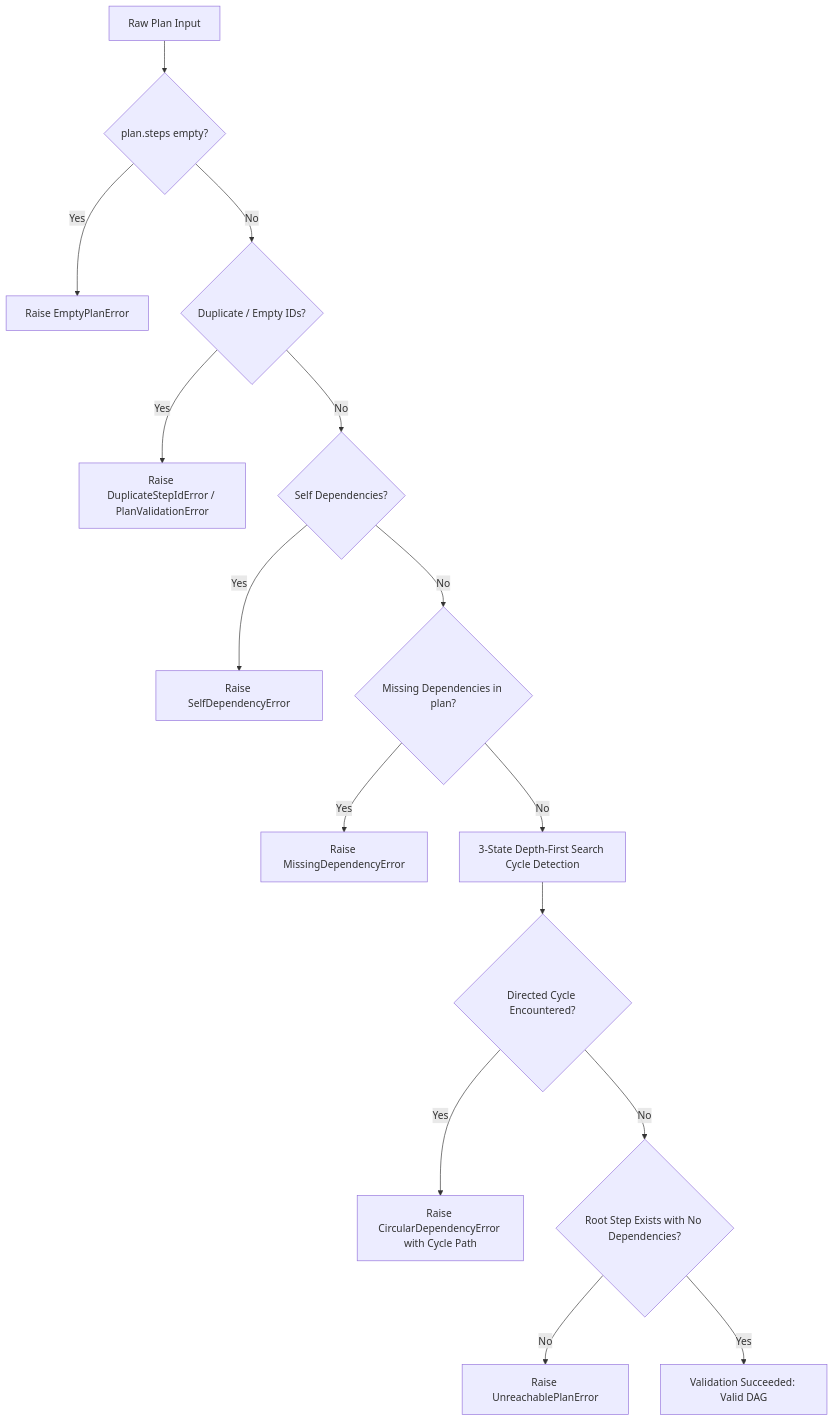
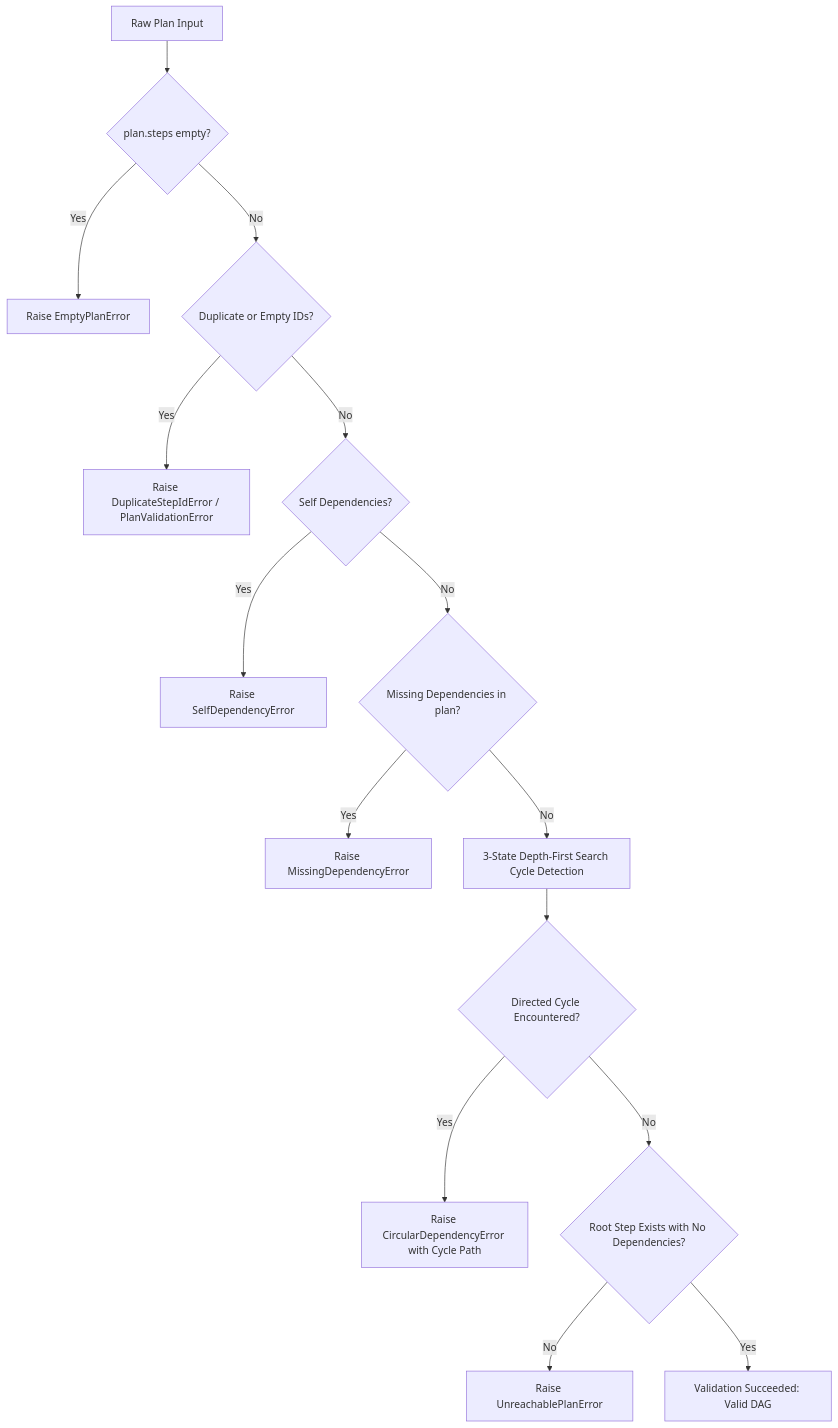
One commit to harshilkatharva/genai-engineer-journey changed the second of 5 diagrams in module-18-planning/docs/FLOW.md. Above: the diagram before and after it, drawn with Mermaid. The commit also changed other lines of this file, not shown here.

Commit message:
docs(module-18): fix mermaid syntax errors in FLOW.md

````diff
--- a/module-18-planning/docs/FLOW.md
+++ b/module-18-planning/docs/FLOW.md
@@ -110,17 +109,17 @@
 ```mermaid
 flowchart TD
-    A[Raw Plan Input] --> B{plan.steps empty?}
-    B -- Yes --> B1[Raise EmptyPlanError]
-    B -- No --> C{Duplicate / Empty IDs?}
-    C -- Yes --> C1[Raise DuplicateStepIdError / PlanValidationError]
-    C -- No --> D{Self Dependencies?}
-    D -- Yes --> D1[Raise SelfDependencyError]
-    D -- No --> E{Missing Dependencies in plan?}
-    E -- Yes --> E1[Raise MissingDependencyError]
-    E -- No --> F[3-State Depth-First Search Cycle Detection]
-    F --> G{Directed Cycle Encountered?}
-    G -- Yes --> G1[Raise CircularDependencyError with Cycle Path]
-    G -- No --> H{Root Step Exists with No Dependencies?}
-    H -- No --> H1[Raise UnreachablePlanError]
-    H -- Yes --> I[Validation Succeeded: Valid DAG]
+    A["Raw Plan Input"] --> B{"plan.steps empty?"}
+    B -- "Yes" --> B1["Raise EmptyPlanError"]
+    B -- "No" --> C{"Duplicate or Empty IDs?"}
+    C -- "Yes" --> C1["Raise DuplicateStepIdError / PlanValidationError"]
+    C -- "No" --> D{"Self Dependencies?"}
+    D -- "Yes" --> D1["Raise SelfDependencyError"]
+    D -- "No" --> E{"Missing Dependencies in plan?"}
+    E -- "Yes" --> E1["Raise MissingDependencyError"]
+    E -- "No" --> F["3-State Depth-First Search Cycle Detection"]
+    F --> G{"Directed Cycle Encountered?"}
+    G -- "Yes" --> G1["Raise CircularDependencyError with Cycle Path"]
+    G -- "No" --> H{"Root Step Exists with No Dependencies?"}
+    H -- "No" --> H1["Raise UnreachablePlanError"]
+    H -- "Yes" --> I["Validation Succeeded: Valid DAG"]
 ```
````
